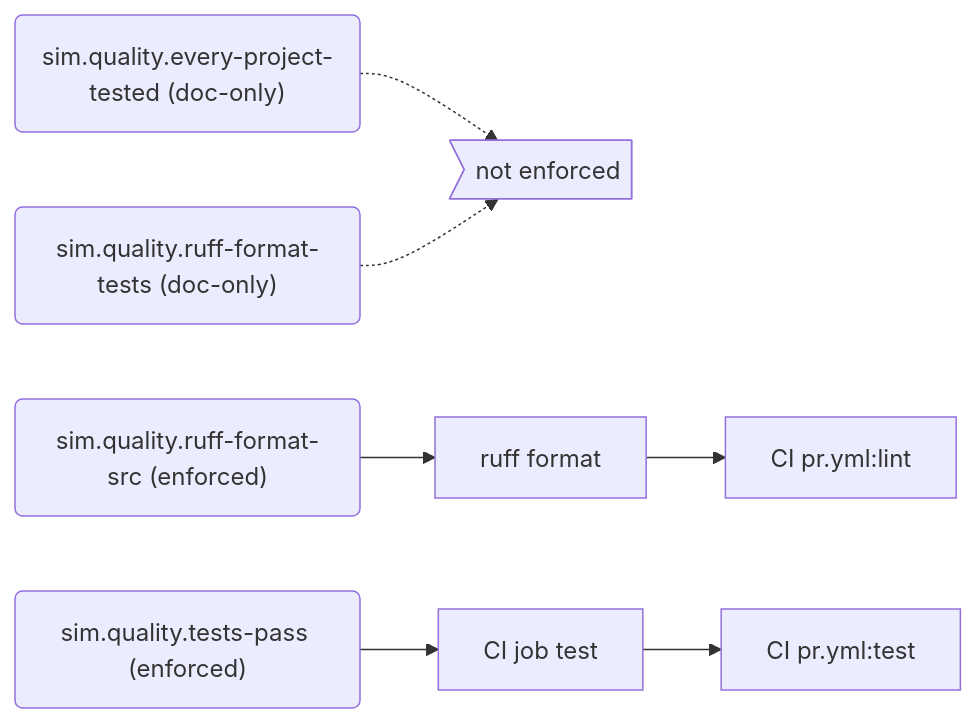
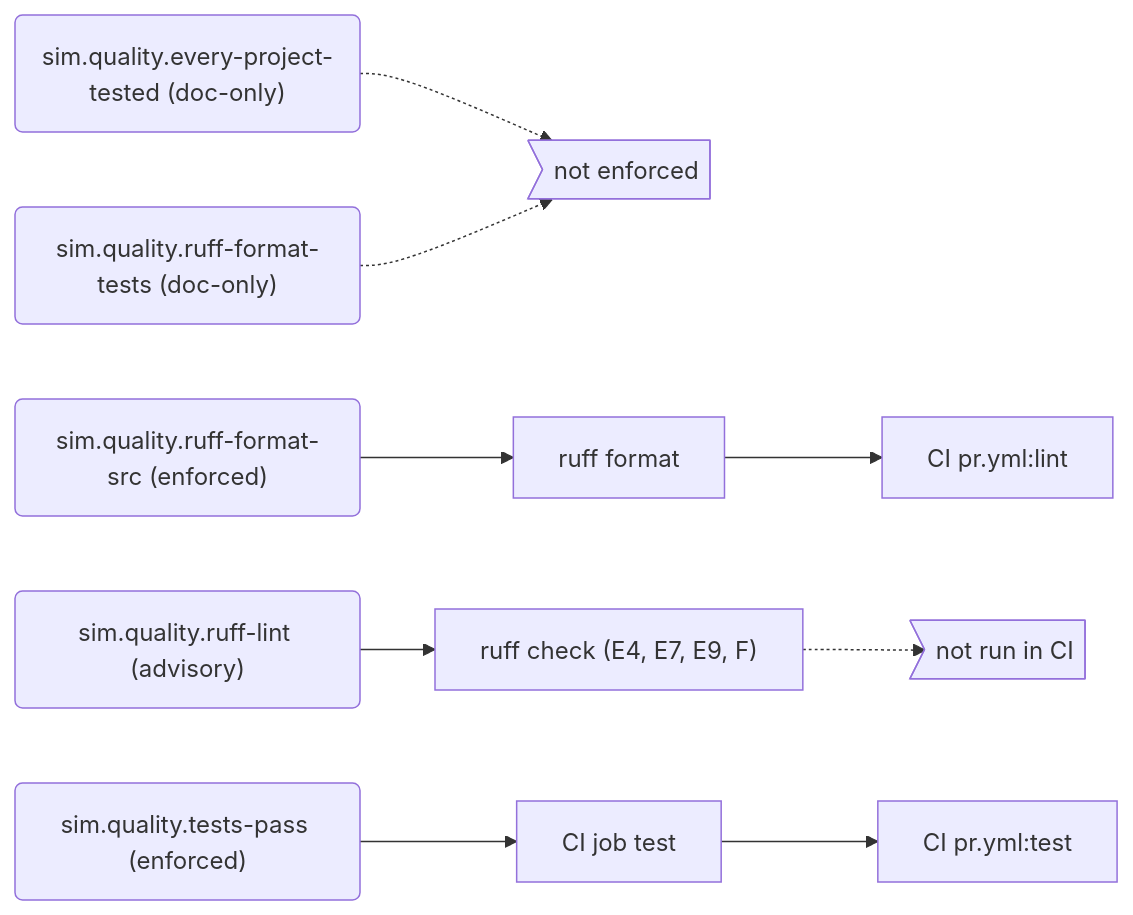
One commit to PolicyEngine/policyengine-sim-api changed the sixth of 7 diagrams in docs/generated/rules.md. Above: the diagram before and after it, drawn with Mermaid. The commit also changed other lines of this file and 2 other files, not shown here.

````diff
--- a/docs/generated/rules.md
+++ b/docs/generated/rules.md
@@ -235,18 +238,23 @@
 ```mermaid
 flowchart LR
   r_sim_quality_every_project_tested("sim.quality.every-project-tested (doc-only)")
   gap_unenforced>"not enforced"]
   r_sim_quality_ruff_format_src("sim.quality.ruff-format-src (enforced)")
   e_ruff_format["ruff format"]
   j_CI_pr_yml_lint["CI pr.yml:lint"]
   r_sim_quality_ruff_format_tests("sim.quality.ruff-format-tests (doc-only)")
+  r_sim_quality_ruff_lint("sim.quality.ruff-lint (advisory)")
+  e_ruff_check__E4__E7__E9__F_["ruff check (E4, E7, E9, F)"]
+  local_only>"not run in CI"]
   r_sim_quality_tests_pass("sim.quality.tests-pass (enforced)")
   e_CI_job_test["CI job test"]
   j_CI_pr_yml_test["CI pr.yml:test"]
   r_sim_quality_every_project_tested -.-> gap_unenforced
   r_sim_quality_ruff_format_src --> e_ruff_format
   e_ruff_format --> j_CI_pr_yml_lint
   r_sim_quality_ruff_format_tests -.-> gap_unenforced
+  r_sim_quality_ruff_lint --> e_ruff_check__E4__E7__E9__F_
+  e_ruff_check__E4__E7__E9__F_ -.-> local_only
   r_sim_quality_tests_pass --> e_CI_job_test
   e_CI_job_test --> j_CI_pr_yml_test
 ```
````
